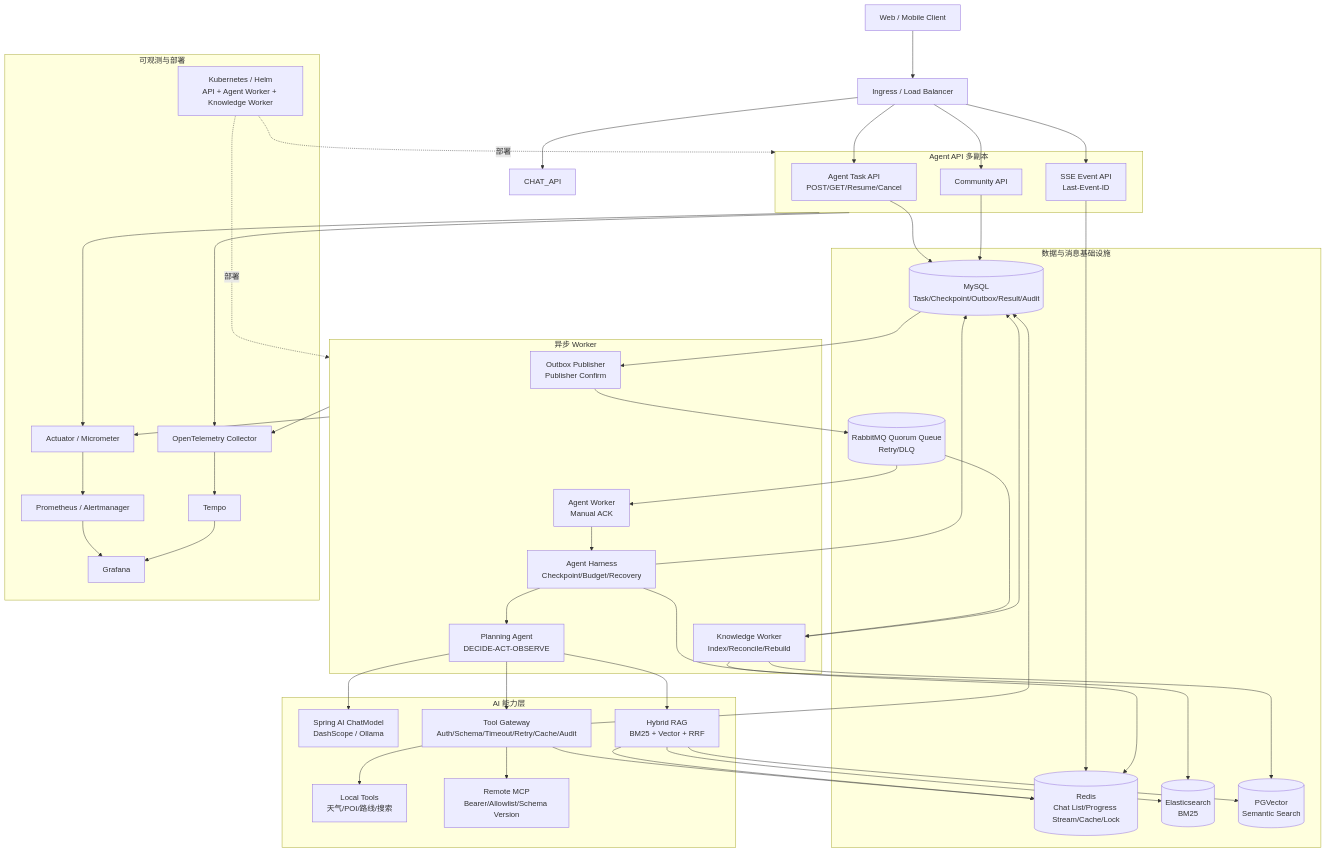
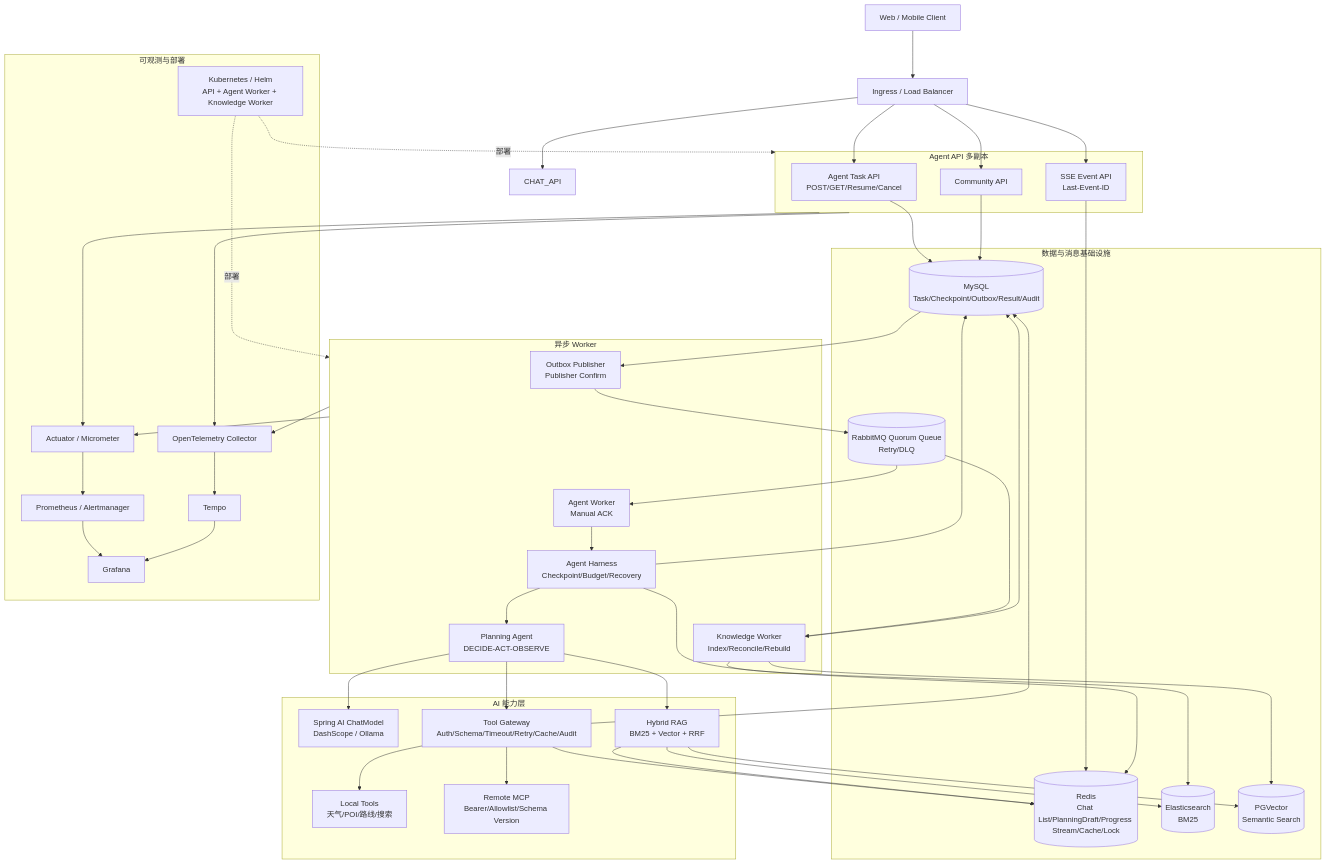
One commit to 37517968/TravelMind-AI changed the first of 3 diagrams in docs/architecture/CURRENT-PLATFORM-ARCHITECTURE.md. Above: the diagram before and after it, drawn with Mermaid. The commit also changed other lines of this file and 15 other files, not shown here.

```diff
--- a/docs/architecture/CURRENT-PLATFORM-ARCHITECTURE.md
+++ b/docs/architecture/CURRENT-PLATFORM-ARCHITECTURE.md
@@ -37,7 +37,7 @@
 
     subgraph DATA[数据与消息基础设施]
         MYSQL[(MySQL\nTask/Checkpoint/Outbox/Result/Audit)]
-        REDIS[(Redis\nChat List/Progress Stream/Cache/Lock)]
+        REDIS[(Redis\nChat List/PlanningDraft/Progress Stream/Cache/Lock)]
         RABBIT[(RabbitMQ Quorum Queue\nRetry/DLQ)]
         ES[(Elasticsearch\nBM25)]
         PG[(PGVector\nSemantic Search)]
```
